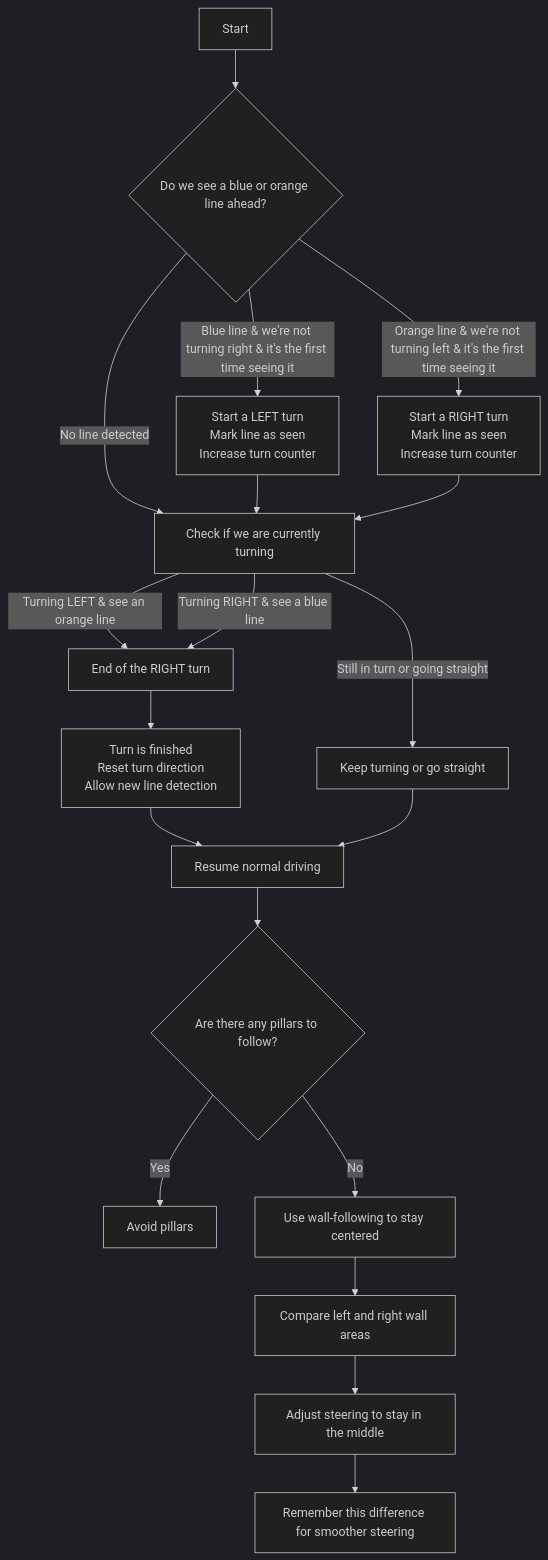
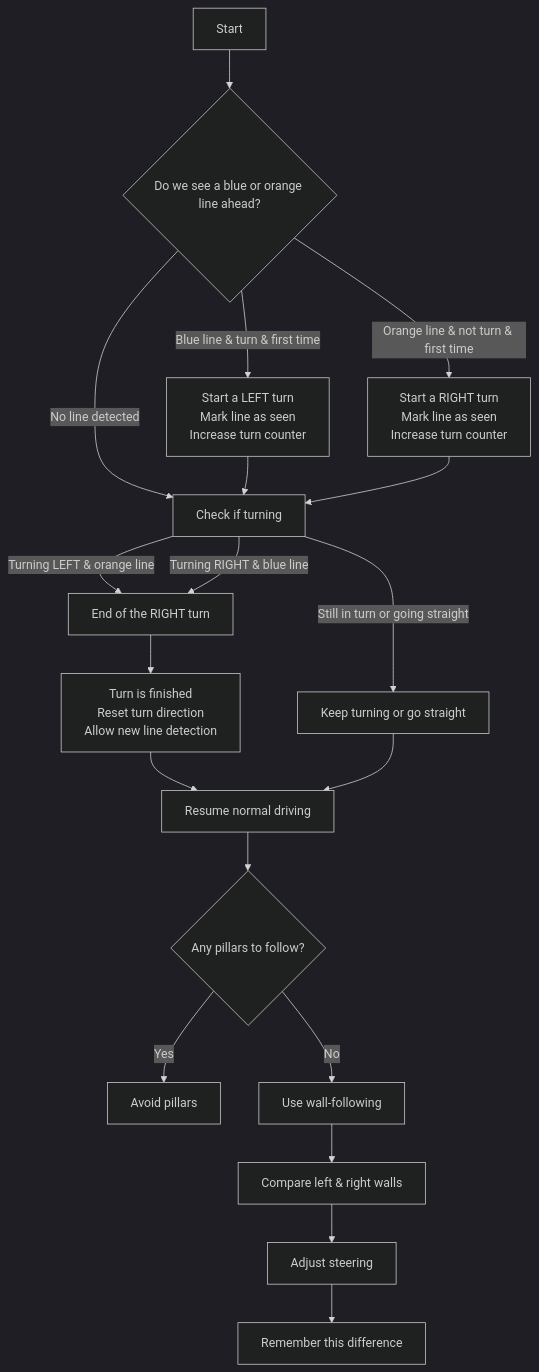
The second of 2 diagrams in README.md (Jayden-boop/WRO-2025), drawn with Mermaid (dark theme) before and after one commit. The commit also changed other lines of this file, not shown here.

Commit message:
update flowchart

````diff
--- a/README.md
+++ b/README.md
@@ -842,28 +834,28 @@
 ```mermaid
 flowchart TD
     A[Start] --> B{Do we see a blue or orange line ahead?}
 
-    B -->|Blue line & we're not turning right & it's the first time seeing it| C[Start a LEFT turn<br/>Mark line as seen<br/>Increase turn counter]
-    B -->|Orange line & we're not turning left & it's the first time seeing it| D[Start a RIGHT turn<br/>Mark line as seen<br/>Increase turn counter]
-    B -->|No line detected| E[Check if we are currently turning]
+    B -->|Blue line & turn & first time| C[Start a LEFT turn<br/>Mark line as seen<br/>Increase turn counter]
+    B -->|Orange line & not turn & first time| D[Start a RIGHT turn<br/>Mark line as seen<br/>Increase turn counter]
+    B -->|No line detected| E[Check if turning]
 
     C --> E
     D --> E
 
-    E -->|Turning LEFT & see an orange line| F[End of the LEFT turn]
-    E -->|Turning RIGHT & see a blue line| F[End of the RIGHT turn]
+    E -->|Turning LEFT & orange line| F[End of the LEFT turn]
+    E -->|Turning RIGHT & blue line| F[End of the RIGHT turn]
     E -->|Still in turn or going straight| G[Keep turning or go straight]
 
     F --> H[Turn is finished<br/>Reset turn direction<br/>Allow new line detection]
     H --> I[Resume normal driving]
 
     G --> I
 
-    I --> J{Are there any pillars to follow?}
+    I --> J{Any pillars to follow?}
     J -->|Yes| K[Avoid pillars]
-    J -->|No| L[Use wall-following to stay centered]
+    J -->|No| L[Use wall-following]
 
-    L --> M[Compare left and right wall areas]
-    M --> N[Adjust steering to stay in the middle]
-    N --> O[Remember this difference for smoother steering]
+    L --> M[Compare left & right walls]
+    M --> N[Adjust steering]
+    N --> O[Remember this difference]
 ```
````
